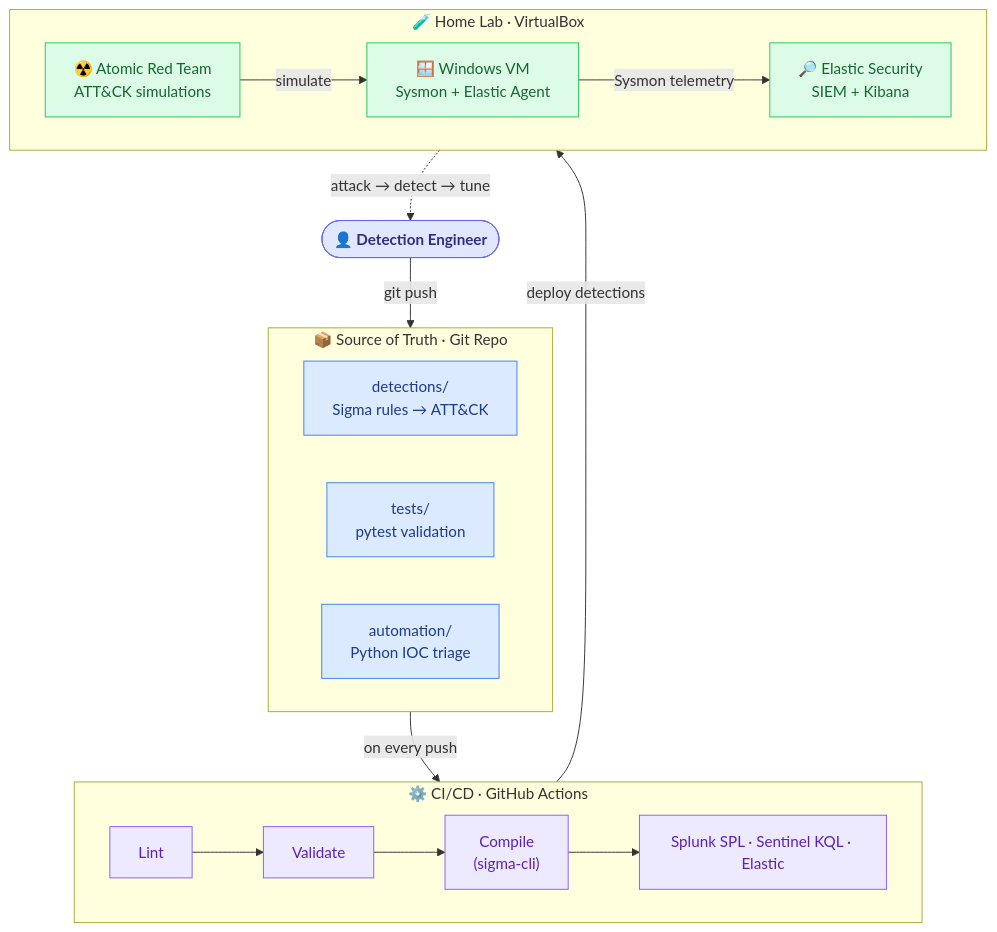
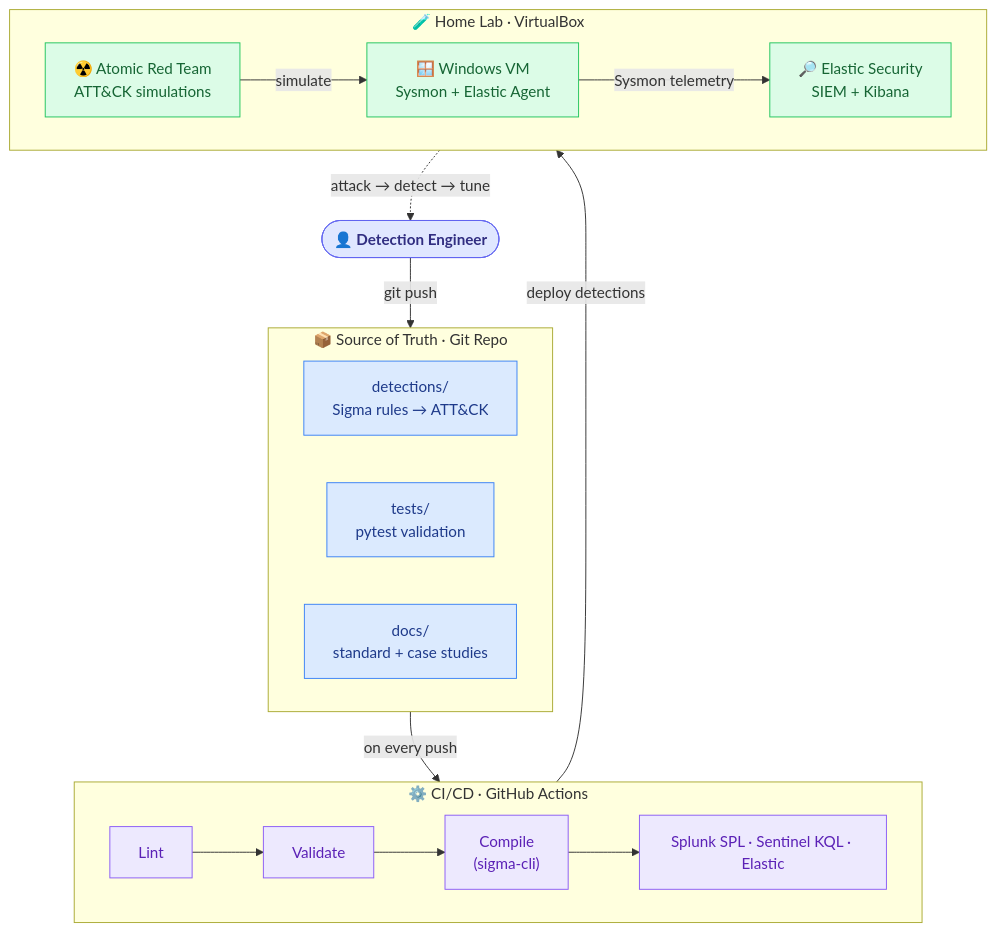
The diagram in PROJECT.md (ijaz-aj/detection-as-code), drawn with Mermaid before and after one commit. The commit also changed other lines of this file and 6 other files, not shown here.

Commit message:
refactor: descope Python triage tool — laser-focus repo on detection engineering

````diff
--- a/PROJECT.md
+++ b/PROJECT.md
@@ -17,36 +17,36 @@
 ```mermaid
 flowchart TB
     Dev(["👤 Detection Engineer"]):::person
 
     subgraph REPO["📦 Source of Truth · Git Repo"]
         direction LR
         S["detections/<br/>Sigma rules → ATT&CK"]
         T["tests/<br/>pytest validation"]
-        A["automation/<br/>Python IOC triage"]
+        D["docs/<br/>standard + case studies"]
     end
 
     subgraph CI["⚙️ CI/CD · GitHub Actions"]
         direction LR
         L["Lint"] --> V["Validate"] --> C["Compile<br/>(sigma-cli)"]
         C --> O["Splunk SPL · Sentinel KQL · Elastic"]
     end
 
     subgraph LAB["🧪 Home Lab · VirtualBox"]
         direction LR
         ART["☢️ Atomic Red Team<br/>ATT&CK simulations"] -->|simulate| VM["🪟 Windows VM<br/>Sysmon + Elastic Agent"]
         VM -->|Sysmon telemetry| SIEM["🔎 Elastic Security<br/>SIEM + Kibana"]
     end
 
     Dev -->|git push| REPO
     REPO -->|on every push| CI
     CI -->|deploy detections| SIEM
     SIEM -.->|"attack → detect → tune"| Dev
 
     classDef person fill:#e0e7ff,stroke:#6366f1,color:#312e81,font-weight:bold
     classDef repo fill:#dbeafe,stroke:#3b82f6,color:#1e3a8a
     classDef ci fill:#ede9fe,stroke:#8b5cf6,color:#5b21b6
     classDef lab fill:#dcfce7,stroke:#22c55e,color:#166534
-    class S,T,A repo
+    class S,T,D repo
     class L,V,C,O ci
     class ART,VM,SIEM lab
 ```
````
